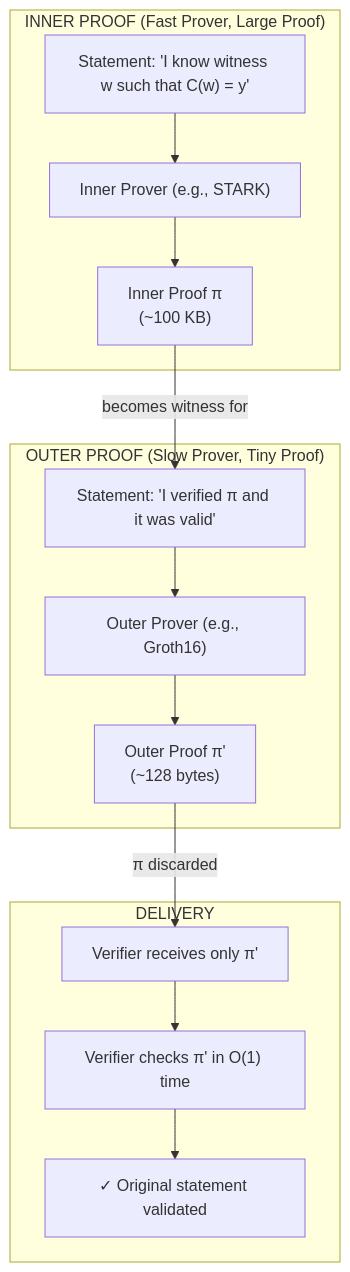
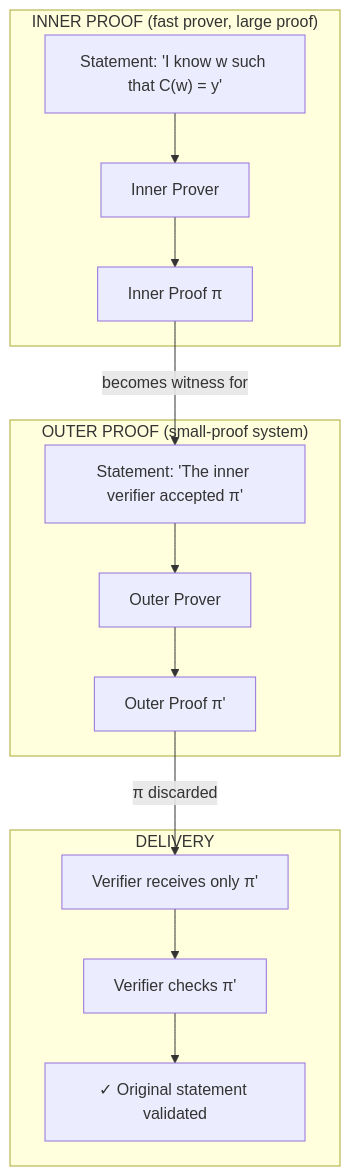
One commit to 0xParti/MinimizingTrust changed the diagram in web/src/23-composition-and-recursion.md. Above: the diagram before and after it, drawn with Mermaid. The commit also changed other lines of this file and 2 other files, not shown here.

````diff
--- a/web/src/23-composition-and-recursion.md
+++ b/web/src/23-composition-and-recursion.md
@@ -31,26 +29,26 @@
 ```mermaid
 flowchart TB
-    subgraph inner["INNER PROOF (Fast Prover, Large Proof)"]
-        I1["Statement: 'I know witness w such that C(w) = y'"]
-        I2["Inner Prover (e.g., STARK)"]
-        I3["Inner Proof π<br/>(~100 KB)"]
+    subgraph inner["INNER PROOF (fast prover, large proof)"]
+        I1["Statement: 'I know w such that C(w) = y'"]
+        I2["Inner Prover"]
+        I3["Inner Proof π"]
         I1 --> I2 --> I3
     end
 
-    subgraph outer["OUTER PROOF (Slow Prover, Tiny Proof)"]
-        O1["Statement: 'I verified π and it was valid'"]
-        O2["Outer Prover (e.g., Groth16)"]
-        O3["Outer Proof π'<br/>(~128 bytes)"]
+    subgraph outer["OUTER PROOF (small-proof system)"]
+        O1["Statement: 'The inner verifier accepted π'"]
+        O2["Outer Prover"]
+        O3["Outer Proof π'"]
         O1 --> O2 --> O3
     end
 
     subgraph delivery["DELIVERY"]
         D1["Verifier receives only π'"]
-        D2["Verifier checks π' in O(1) time"]
+        D2["Verifier checks π'"]
         D3["✓ Original statement validated"]
         D1 --> D2 --> D3
     end
 
     I3 -->|"becomes witness for"| O1
     O3 -->|"π discarded"| D1
 ```
````
